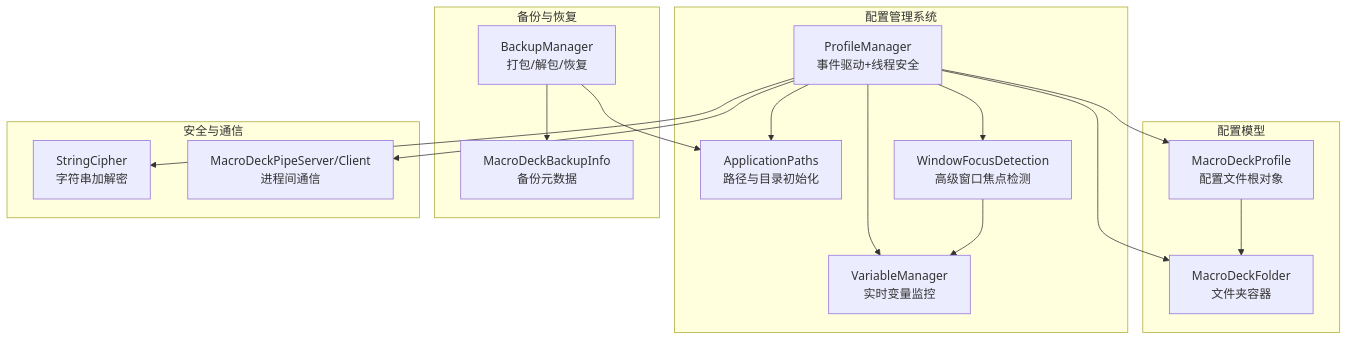
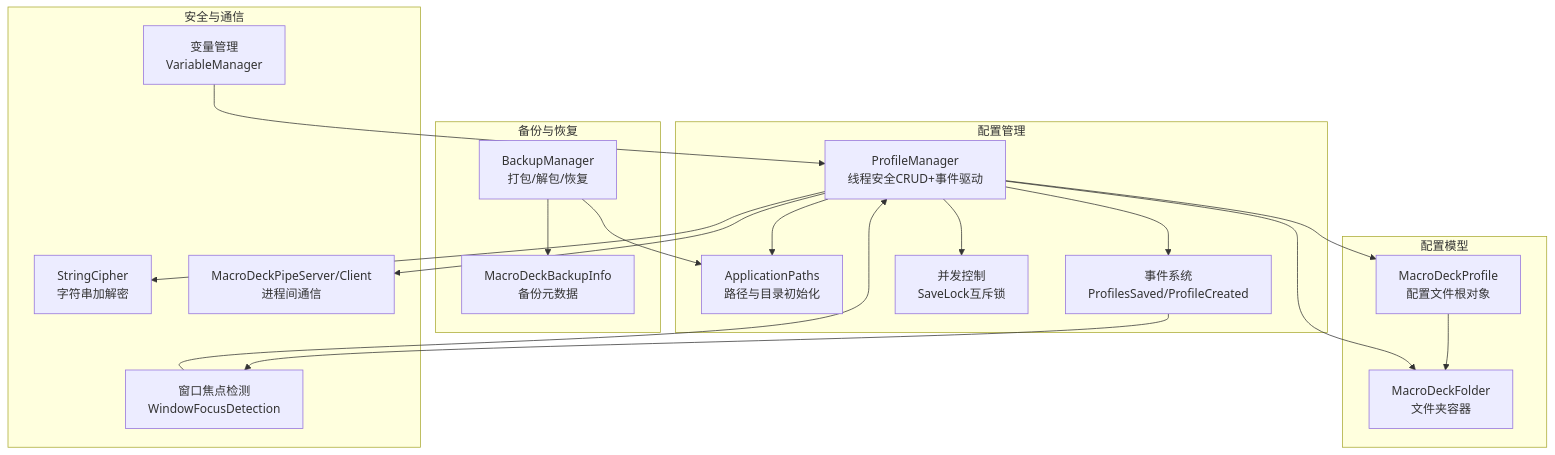
The first of 7 diagrams in .qoder/repowiki/zh/content/配置管理系统/配置文件管理.md (tea4go/Macro-Deck), drawn with Mermaid before and after one commit. The commit also changed other lines of this file and 63 other files, not shown here.

````diff
--- a/.qoder/repowiki/zh/content/配置管理系统/配置文件管理.md
+++ b/.qoder/repowiki/zh/content/配置管理系统/配置文件管理.md
@@ -55,32 +57,36 @@
 ```mermaid
 graph TB
 subgraph "配置模型"
 A["MacroDeckProfile<br/>配置文件根对象"]
 B["MacroDeckFolder<br/>文件夹容器"]
 end
-subgraph "配置管理系统"
-C["ProfileManager<br/>事件驱动+线程安全"]
+subgraph "配置管理"
+C["ProfileManager<br/>线程安全CRUD+事件驱动"]
 D["ApplicationPaths<br/>路径与目录初始化"]
-E["WindowFocusDetection<br/>高级窗口焦点检测"]
-F["VariableManager<br/>实时变量监控"]
+E["事件系统<br/>ProfilesSaved/ProfileCreated"]
+F["并发控制<br/>SaveLock互斥锁"]
 end
 subgraph "备份与恢复"
 G["BackupManager<br/>打包/解包/恢复"]
 H["MacroDeckBackupInfo<br/>备份元数据"]
 end
 subgraph "安全与通信"
 I["StringCipher<br/>字符串加解密"]
 J["MacroDeckPipeServer/Client<br/>进程间通信"]
+K["窗口焦点检测<br/>WindowFocusDetection"]
+L["变量管理<br/>VariableManager"]
 end
 A --> B
 C --> A
 C --> B
 C --> D
 C --> E
 C --> F
-E --> F
+E --> K
+L --> C
+K --> C
 G --> D
 G --> H
 C --> I
 C --> J
 ```
````
